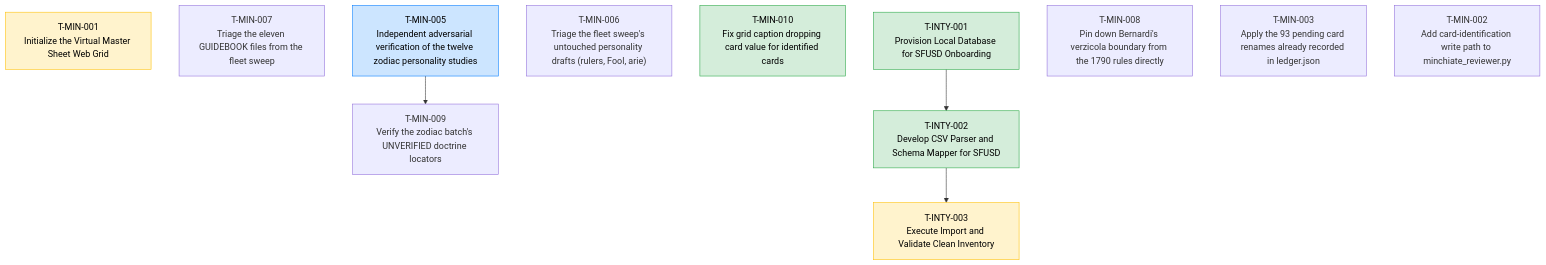
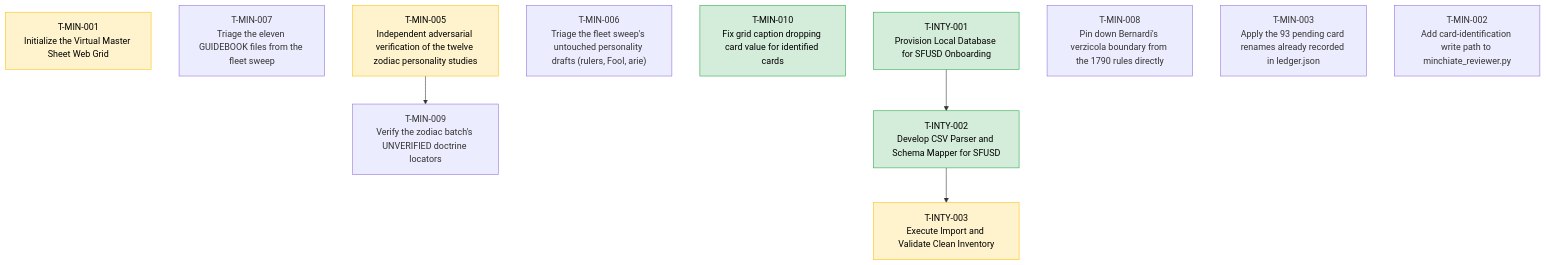
Before and after one commit to wgmilleriii/task_coordinator: the diagram in TASKS.md, drawn with Mermaid. The commit also changed other lines of this file and 2 other files, not shown here.

Commit message:
T-MIN-005: submitted for peer review — zodiac batch verified on test-T-MIN-005 (head ae9bca3); 0 FAIL, 9 PASS_WITH_CORRECTIONS, 3 PASS

````diff
--- a/TASKS.md
+++ b/TASKS.md
@@ -7,22 +7,22 @@
 ```mermaid
 graph TD
     classDef done fill:#d4edda,stroke:#28a745,color:#000;
     classDef blocked fill:#f8d7da,stroke:#dc3545,color:#000;
     classDef review fill:#fff3cd,stroke:#ffc107,color:#000;
     classDef active fill:#cce5ff,stroke:#007bff,color:#000;
     T-MIN-001["T-MIN-001<br/>Initialize the Virtual Master Sheet Web Grid"]:::review
     T-MIN-007["T-MIN-007<br/>Triage the eleven GUIDEBOOK files from the fleet sweep"]
     T-INTY-001["T-INTY-001<br/>Provision Local Database for SFUSD Onboarding"]:::done
     T-MIN-006["T-MIN-006<br/>Triage the fleet sweep's untouched personality drafts (rulers, Fool, arie)"]
     T-MIN-010["T-MIN-010<br/>Fix grid caption dropping card value for identified cards"]:::done
-    T-MIN-005["T-MIN-005<br/>Independent adversarial verification of the twelve zodiac personality studies"]:::active
+    T-MIN-005["T-MIN-005<br/>Independent adversarial verification of the twelve zodiac personality studies"]:::review
     T-MIN-009["T-MIN-009<br/>Verify the zodiac batch's UNVERIFIED doctrine locators"]
     T-MIN-005 --> T-MIN-009
     T-INTY-003["T-INTY-003<br/>Execute Import and Validate Clean Inventory"]:::review
     T-INTY-002 --> T-INTY-003
     T-INTY-002["T-INTY-002<br/>Develop CSV Parser and Schema Mapper for SFUSD"]:::done
     T-INTY-001 --> T-INTY-002
     T-MIN-008["T-MIN-008<br/>Pin down Bernardi's verzicola boundary from the 1790 rules directly"]
     T-MIN-003["T-MIN-003<br/>Apply the 93 pending card renames already recorded in ledger.json"]
     T-MIN-002["T-MIN-002<br/>Add card-identification write path to minchiate_reviewer.py"]
 ```
````
